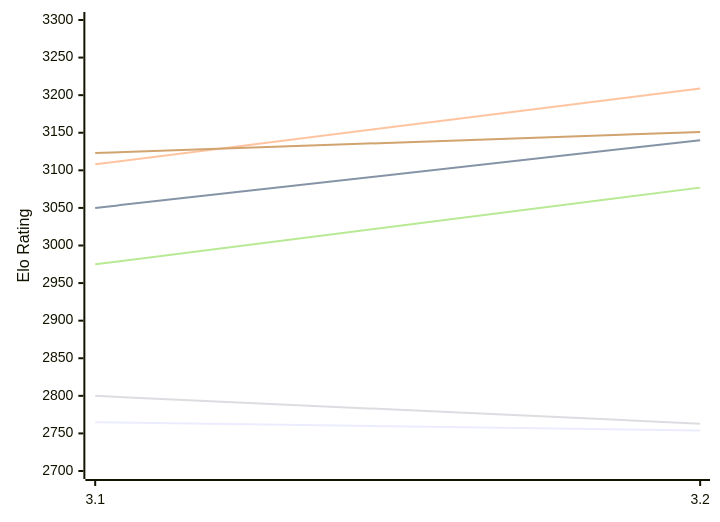
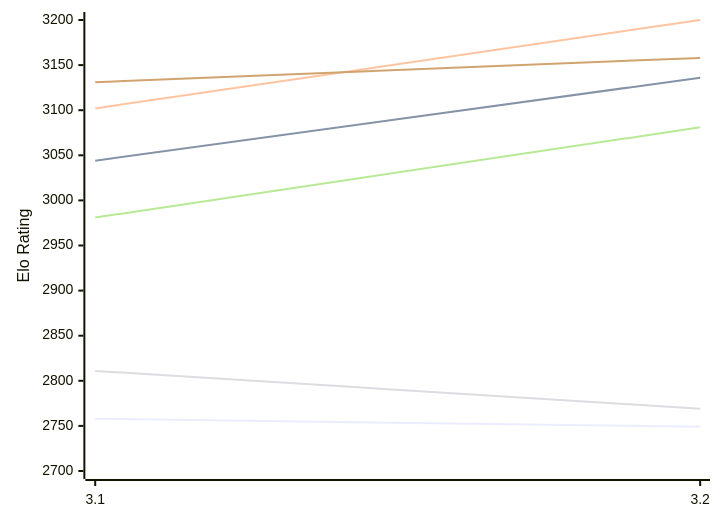
The first of 2 diagrams in engines/Vajolet2.md (computer-chess-index/cci), drawn with Mermaid before and after one commit. The commit also changed other lines of this file, not shown here.

Commit message:
Update CCI Ratings (ELO VLTC) - 2026-11-18

````diff
--- a/engines/Vajolet2.md
+++ b/engines/Vajolet2.md
@@ -51,12 +51,12 @@
 ```mermaid
 %%{init: {"theme":"base","themeVariables":{"seriesColors:['#a3a3a3','#222221','#faa371']}}}%%
 xychart-beta
   x-axis ["3.1", "3.2"]
-  y-axis "Elo Rating" 2700 --> 3300
-  line "E1: STC (8.0+0.08s)" [2765, 2754]
-  line "E1: LTC (60.0+0.60s)" [3050, 3140]
-  line "E1: VLTC (2m24s+1.12s)" [3108, 3209]
-  line "P1: STC (8.0+0.08s)" [2800, 2763]
-  line "P1: LTC (60.0+0.60s)" [2975, 3077]
-  line "P1: VLTC (2m24s+1.12s)" [3123, 3151]
+  y-axis "Elo Rating" 2700 --> 3200
+  line "E1: STC (8.0+0.08s)" [2758, 2749]
+  line "E1: LTC (60.0+0.60s)" [3044, 3136]
+  line "E1: VLTC (2m24s+1.12s)" [3102, 3200]
+  line "P1: STC (8.0+0.08s)" [2811, 2769]
+  line "P1: LTC (60.0+0.60s)" [2981, 3081]
+  line "P1: VLTC (2m24s+1.12s)" [3131, 3158]
 ```
````
